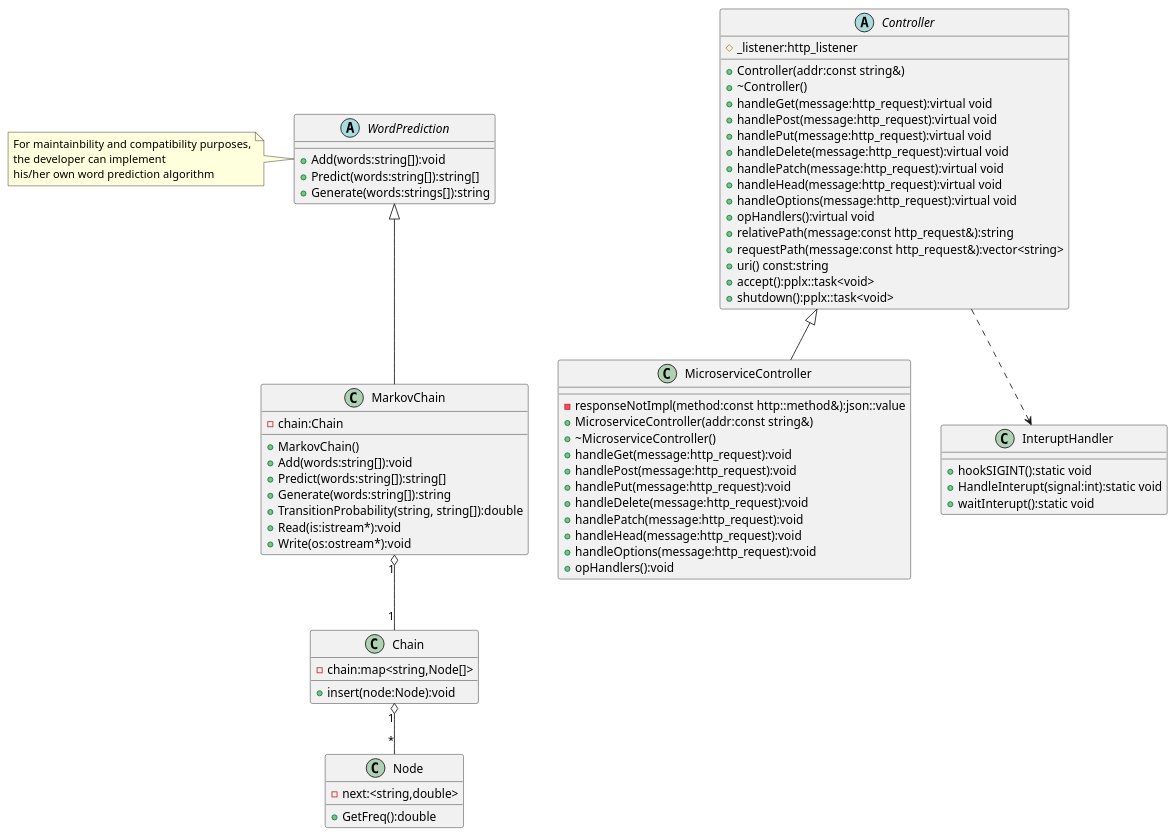
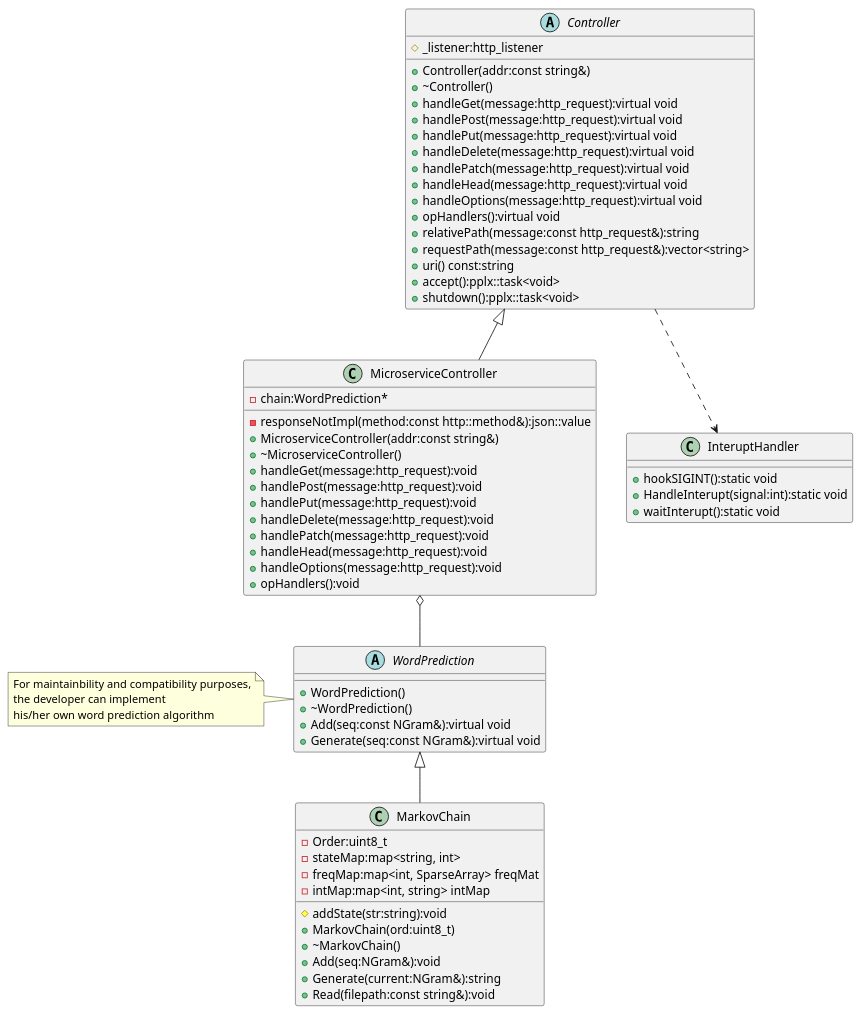
One commit to afairon/markov-cpp-playground changed the diagram in markovplay.puml. Above: the diagram before and after it, drawn with PlantUML. The commit also changed 9 other files, not shown here.

First line of the commit message:
controller: update prediction

```diff
--- a/markovplay.puml
+++ b/markovplay.puml
@@ -1,82 +1,76 @@
 @startuml Markov Playground
 
 skinparam classFontSize 16
 skinparam ClassAttributeFontSize 14
 
 abstract Controller {
     #_listener:http_listener
     +Controller(addr:const string&)
     +~Controller()
     +handleGet(message:http_request):virtual void
     +handlePost(message:http_request):virtual void
     +handlePut(message:http_request):virtual void
     +handleDelete(message:http_request):virtual void
     +handlePatch(message:http_request):virtual void
     +handleHead(message:http_request):virtual void
     +handleOptions(message:http_request):virtual void
     +opHandlers():virtual void
     +relativePath(message:const http_request&):string
     +requestPath(message:const http_request&):vector<string>
     +uri() const:string
     +accept():pplx::task<void>
     +shutdown():pplx::task<void>
 }
 
 class MicroserviceController {
+    -chain:WordPrediction*
     -responseNotImpl(method:const http::method&):json::value
     +MicroserviceController(addr:const string&)
     +~MicroserviceController()
     +handleGet(message:http_request):void
     +handlePost(message:http_request):void
     +handlePut(message:http_request):void
     +handleDelete(message:http_request):void
     +handlePatch(message:http_request):void
     +handleHead(message:http_request):void
     +handleOptions(message:http_request):void
     +opHandlers():void
 }
 
 class InteruptHandler {
     +hookSIGINT():static void
     +HandleInterupt(signal:int):static void
     +waitInterupt():static void
 }
 
 Controller <|-- MicroserviceController
 Controller ..> InteruptHandler
 
 abstract class WordPrediction {
-    {method}+Add(words:string[]):void
-    {method}+Predict(words:string[]):string[]
-    {method}+Generate(words:strings[]):string
+    +WordPrediction()
+    +~WordPrediction()
+    +Add(seq:const NGram&):virtual void
+    +Generate(seq:const NGram&):virtual void
 }
 
 Class MarkovChain {
-    {field}-chain:Chain
-    {method}+MarkovChain()
-    {method}+Add(words:string[]):void
-    {method}+Predict(words:string[]):string[]
-    {method}+Generate(words:string[]):string
-    {method}+TransitionProbability(string, string[]):double
-    {method}+Read(is:istream*):void
-    {method}+Write(os:ostream*):void
-}
-
-class Chain {
-    {field}-chain:map<string,Node[]>
-    {method}+insert(node:Node):void
-}
-
-class Node {
-    {field}-next:<string,double>
-    {method}+GetFreq():double
+    -Order:uint8_t
+    -stateMap:map<string, int>
+    -freqMap:map<int, SparseArray> freqMat
+    -intMap:map<int, string> intMap
+    #addState(str:string):void
+    +MarkovChain(ord:uint8_t)
+    +~MarkovChain()
+    +Add(seq:NGram&):void
+    +Generate(current:NGram&):string
+    +Read(filepath:const string&):void
 }
 
 ' Word prediction
 WordPrediction <|-- MarkovChain
-MarkovChain "1" o-- "1" Chain
-Chain "1" o-- "*" Node
+
+MicroserviceController o-- WordPrediction
 
 note left of WordPrediction : For maintainbility and compatibility purposes,\nthe developer can implement\nhis/her own word prediction algorithm
 
 @enduml
```
